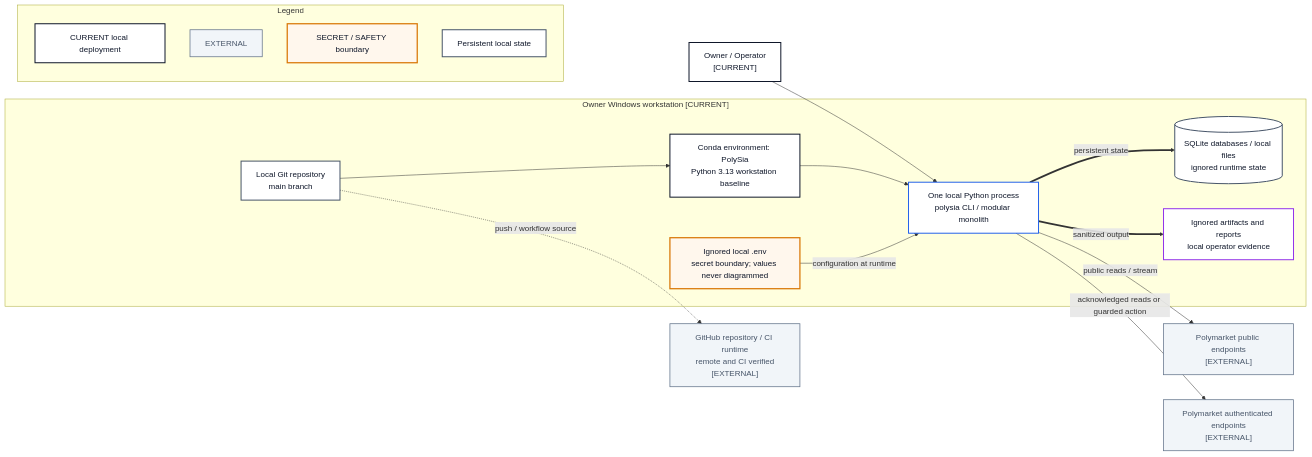
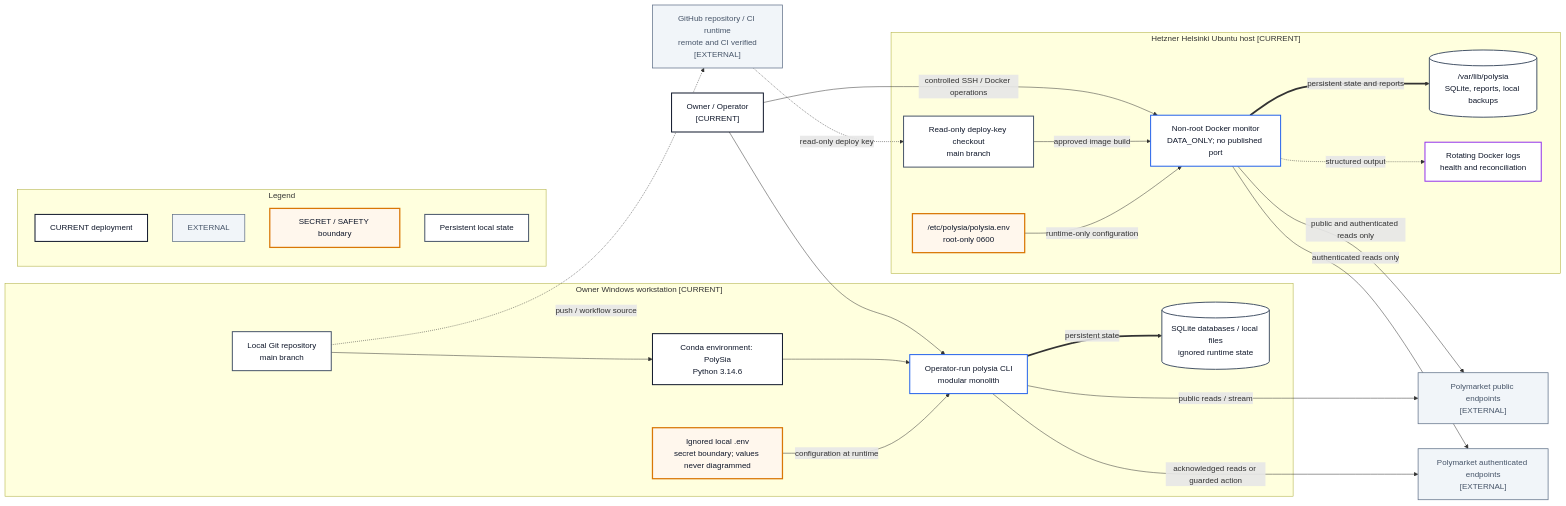
Before and after one commit to PolySia-Systems/Platform: the diagram in docs/04-architecture/visual-system/sources/13-current-deployment-view.mmd, drawn with Mermaid. The commit also changed 5 other files, not shown here.

Commit message:
docs(operations): record controlled server deployment

```diff
--- a/docs/04-architecture/visual-system/sources/13-current-deployment-view.mmd
+++ b/docs/04-architecture/visual-system/sources/13-current-deployment-view.mmd
@@ -1,38 +1,52 @@
 flowchart LR
   Operator["Owner / Operator\n[CURRENT]"]:::current
   GitHost["GitHub repository / CI runtime\nremote and CI verified\n[EXTERNAL]"]:::external
   PublicAPI["Polymarket public endpoints\n[EXTERNAL]"]:::external
   SecureAPI["Polymarket authenticated endpoints\n[EXTERNAL]"]:::external
 
   subgraph WORKSTATION["Owner Windows workstation [CURRENT]"]
     Repo["Local Git repository\nmain branch"]:::storage
-    Conda["Conda environment: PolySia\nPython 3.13 workstation baseline"]:::current
-    Process["One local Python process\npolysia CLI / modular monolith"]:::application
+    Conda["Conda environment: PolySia\nPython 3.14.6"]:::current
+    Process["Operator-run polysia CLI\nmodular monolith"]:::application
     Secrets["Ignored local .env\nsecret boundary; values never diagrammed"]:::risk
     SQLite[("SQLite databases / local files\nignored runtime state")]:::storage
-    Reports["Ignored artifacts and reports\nlocal operator evidence"]:::observability
+  end
+
+  subgraph SERVER["Hetzner Helsinki Ubuntu host [CURRENT]"]
+    Checkout["Read-only deploy-key checkout\nmain branch"]:::storage
+    Container["Non-root Docker monitor\nDATA_ONLY; no published port"]:::application
+    ServerSecrets["/etc/polysia/polysia.env\nroot-only 0600"]:::risk
+    ServerState[("/var/lib/polysia\nSQLite, reports, local backups")]:::storage
+    DockerLogs["Rotating Docker logs\nhealth and reconciliation"]:::observability
   end
 
   Operator --> Process
+  Operator -->|controlled SSH / Docker operations| Container
   Repo --> Conda
   Conda --> Process
   Secrets -->|configuration at runtime| Process
   Process ==>|persistent state| SQLite
-  Process ==>|sanitized output| Reports
   Process -->|public reads / stream| PublicAPI
   Process -->|acknowledged reads or guarded action| SecureAPI
   Repo -.->|push / workflow source| GitHost
+  GitHost -.->|read-only deploy key| Checkout
+  Checkout -->|approved image build| Container
+  ServerSecrets -->|runtime-only configuration| Container
+  Container ==>|persistent state and reports| ServerState
+  Container -.->|structured output| DockerLogs
+  Container -->|public and authenticated reads only| PublicAPI
+  Container -->|authenticated reads only| SecureAPI
 
   subgraph LEGEND["Legend"]
-    L1["CURRENT local deployment"]:::current
+    L1["CURRENT deployment"]:::current
     L2["EXTERNAL"]:::external
     L3["SECRET / SAFETY boundary"]:::risk
     L4["Persistent local state"]:::storage
   end
 
   classDef current fill:#FFFFFF,stroke:#0F172A,stroke-width:2px,color:#0F172A;
   classDef application fill:#FFFFFF,stroke:#2563EB,stroke-width:2px,color:#0F172A;
   classDef external fill:#F1F5F9,stroke:#64748B,stroke-width:1.5px,color:#475569;
   classDef risk fill:#FFF7ED,stroke:#D97706,stroke-width:2.5px,color:#0F172A;
   classDef storage fill:#FFFFFF,stroke:#475569,stroke-width:2px,color:#0F172A;
   classDef observability fill:#FFFFFF,stroke:#9333EA,stroke-width:2px,color:#0F172A;
```
